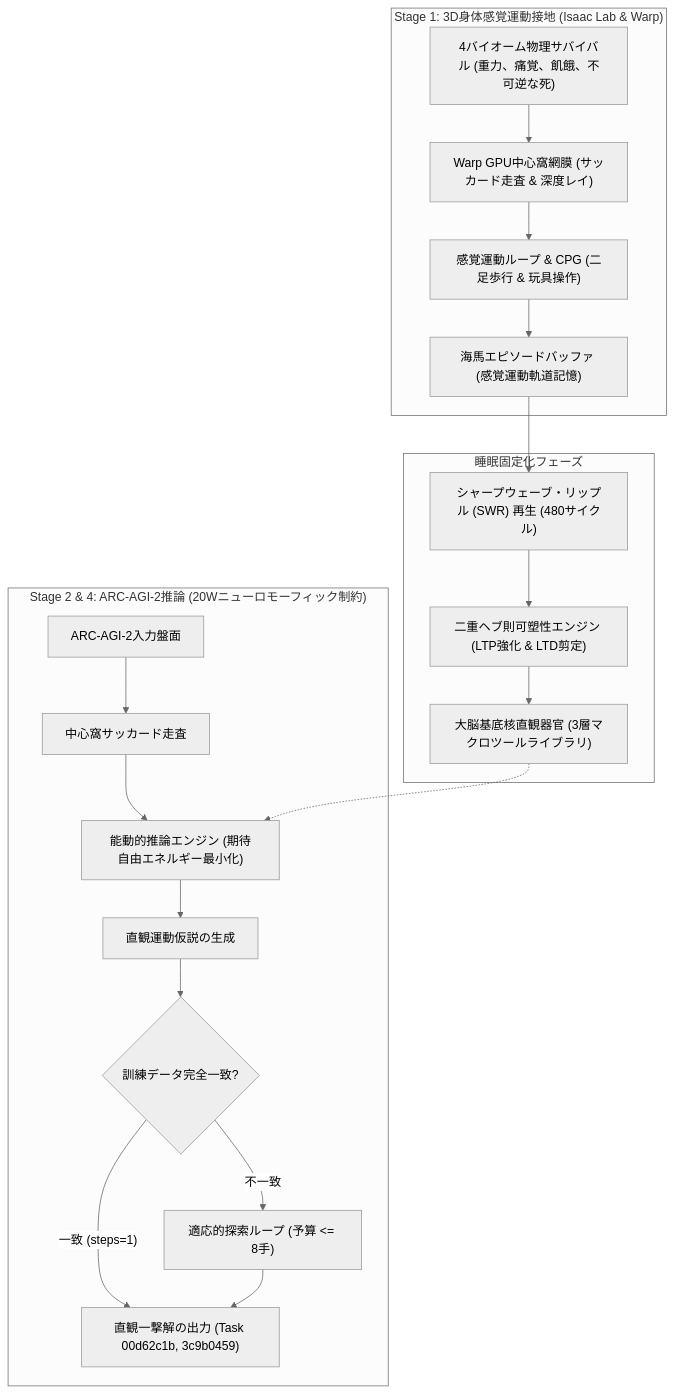
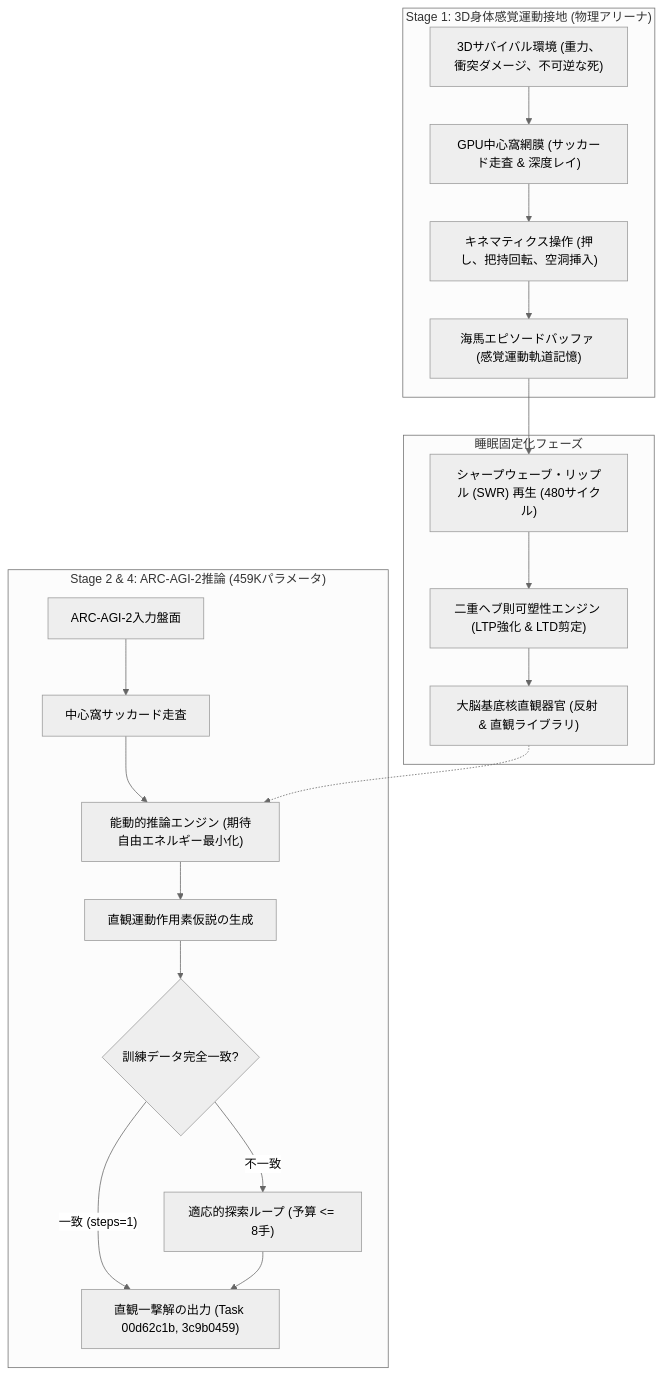
The first of 2 diagrams in paper_track_2026/KAGGLE_PAPER_TRACK_WRITEUP_JA.md (sukuyoshi/arc-embodied-active-inference), drawn with Mermaid (neutral theme) before and after one commit. The commit also changed other lines of this file and 5 other files, not shown here.

````diff
--- a/paper_track_2026/KAGGLE_PAPER_TRACK_WRITEUP_JA.md
+++ b/paper_track_2026/KAGGLE_PAPER_TRACK_WRITEUP_JA.md
@@ -38,25 +38,25 @@
 ```mermaid
 flowchart TD
-    subgraph S1["Stage 1: 3D身体感覚運動接地 (Isaac Lab & Warp)"]
-        Arena["4バイオーム物理サバイバル (重力、痛覚、飢餓、不可逆な死)"] --> Fovea["Warp GPU中心窩網膜 (サッカード走査 & 深度レイ)"]
-        Fovea --> Motor["感覚運動ループ & CPG (二足歩行 & 玩具操作)"]
+    subgraph S1["Stage 1: 3D身体感覚運動接地 (物理アリーナ)"]
+        Arena["3Dサバイバル環境 (重力、衝突ダメージ、不可逆な死)"] --> Fovea["GPU中心窩網膜 (サッカード走査 & 深度レイ)"]
+        Fovea --> Motor["キネマティクス操作 (押し、把持回転、空洞挿入)"]
         Motor --> Hippo["海馬エピソードバッファ (感覚運動軌道記憶)"]
     end
 
     subgraph Sleep["睡眠固定化フェーズ"]
         Hippo --> SWR["シャープウェーブ・リップル (SWR) 再生 (480サイクル)"]
         SWR --> Plasticity["二重ヘブ則可塑性エンジン (LTP強化 & LTD剪定)"]
-        Plasticity --> Basal["大脳基底核直観器官 (3層マクロツールライブラリ)"]
+        Plasticity --> Basal["大脳基底核直観器官 (反射 & 直観ライブラリ)"]
     end
 
-    subgraph S2["Stage 2 & 4: ARC-AGI-2推論 (20Wニューロモーフィック制約)"]
+    subgraph S2["Stage 2 & 4: ARC-AGI-2推論 (459Kパラメータ)"]
         TaskIn["ARC-AGI-2入力盤面"] --> Saccade["中心窩サッカード走査"]
         Saccade --> ActiveInf["能動的推論エンジン (期待自由エネルギー最小化)"]
         Basal -.-> ActiveInf
-        ActiveInf --> ActionHypo["直観運動仮説の生成"]
+        ActiveInf --> ActionHypo["直観運動作用素仮説の生成"]
         ActionHypo --> Eval{"訓練データ完全一致?"}
         Eval -- "一致 (steps=1)" --> FastSolve["直観一撃解の出力 (Task 00d62c1b, 3c9b0459)"]
         Eval -- "不一致" --> Search["適応的探索ループ (予算 <= 8手)"]
         Search --> FastSolve
     end
 ```
````
